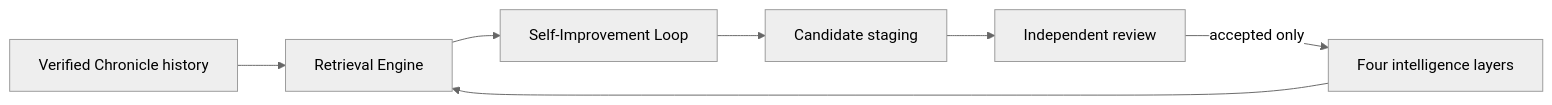
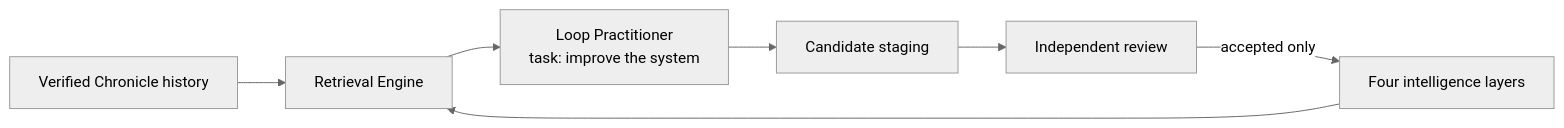
One commit to alisonjieli-png/loop-engine changed the diagram in docs/components/self-improvement/README.md. Above: the diagram before and after it, drawn with Mermaid (neutral theme). The commit also changed other lines of this file and 75 other files, not shown here.

````diff
--- a/docs/components/self-improvement/README.md
+++ b/docs/components/self-improvement/README.md
@@ -13,9 +14,9 @@
 ```mermaid
 flowchart LR
     H[Verified Chronicle history] --> R[Retrieval Engine]
     I[Four intelligence layers] --> R
-    R --> L[Self-Improvement Loop]
+    R --> L[Loop Practitioner<br/>task: improve the system]
     L --> C[Candidate staging]
     C --> V[Independent review]
     V -->|accepted only| I
 ```
````
